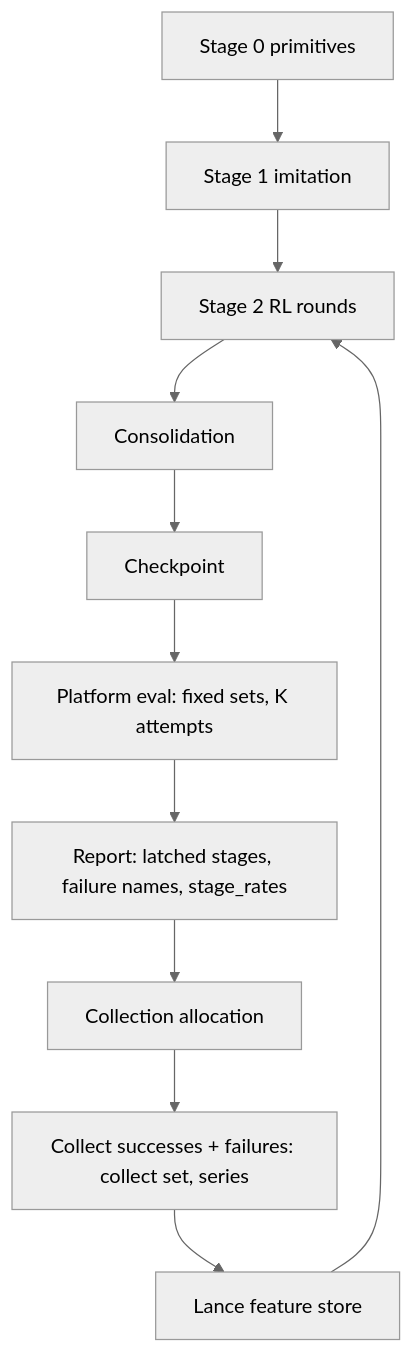
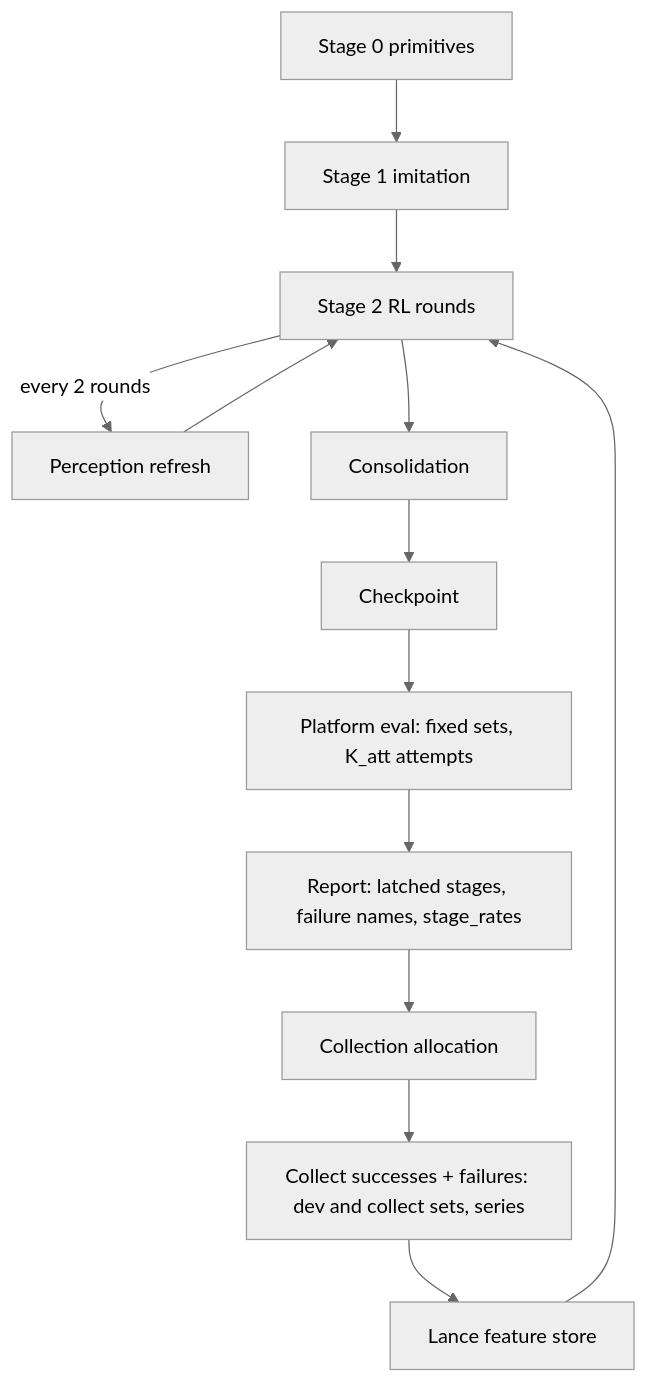
Before and after one commit to iampa1teja/Sim-To-Real: the second of 2 diagrams in docs/renest_vla_design.md, drawn with Mermaid (neutral theme). The commit also changed other lines of this file, not shown here.

````diff
--- a/docs/renest_vla_design.md
+++ b/docs/renest_vla_design.md
@@ -125,13 +135,15 @@
 ```mermaid
 flowchart TB
     S0[Stage 0 primitives] --> S1[Stage 1 imitation]
     S1 --> S2[Stage 2 RL rounds]
+    S2 -->|every 2 rounds| PRF[Perception refresh]
+    PRF --> S2
     S2 --> CON[Consolidation]
     CON --> CK[Checkpoint]
-    CK --> EV[Platform eval: fixed sets, K attempts]
+    CK --> EV[Platform eval: fixed sets, K_att attempts]
     EV --> REP[Report: latched stages, failure names, stage_rates]
     REP --> ALLOC[Collection allocation]
-    ALLOC --> COL[Collect successes + failures: collect set, series]
+    ALLOC --> COL[Collect successes + failures: dev and collect sets, series]
     COL --> LANCE[Lance feature store]
     LANCE --> S2
 ```
````
